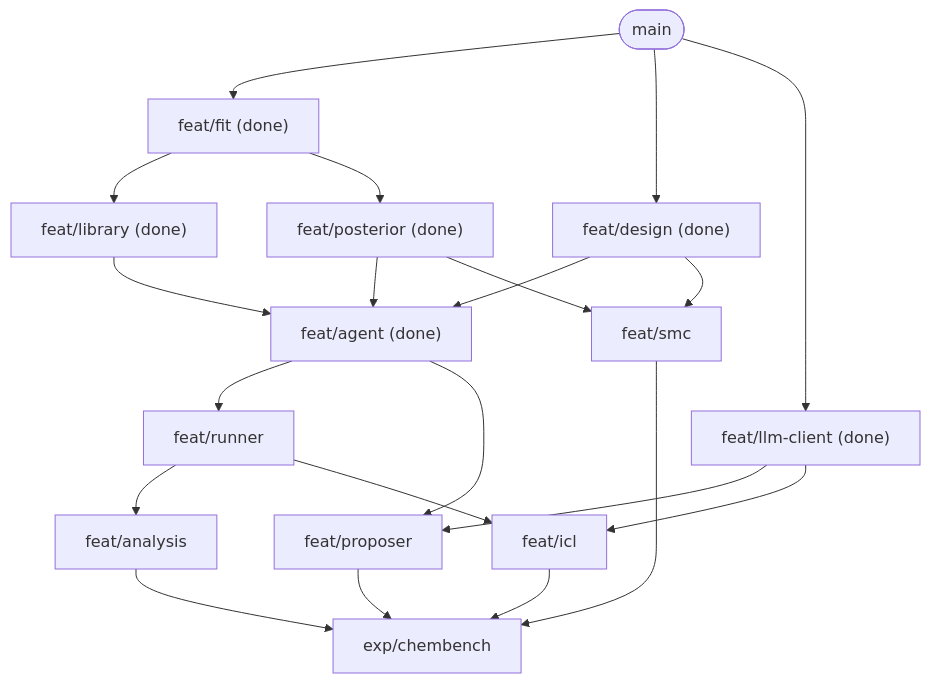
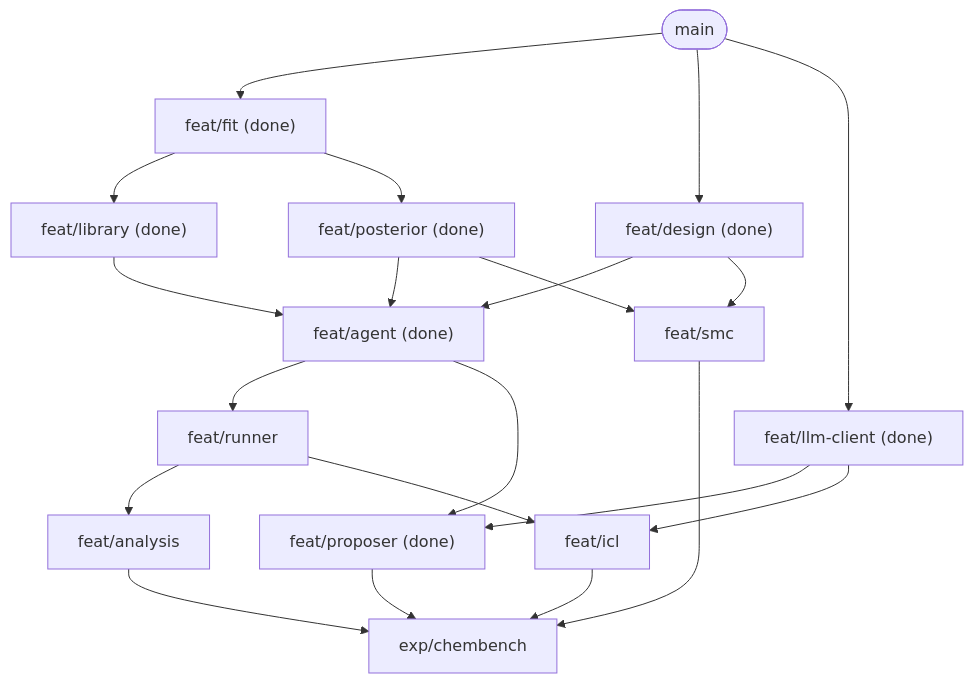
One commit to yuta0no/mda-impl changed the second of 2 diagrams in docs/blueprint.md. Above: the diagram before and after it, drawn with Mermaid. The commit also changed other lines of this file and 6 other files, not shown here.

````diff
--- a/docs/blueprint.md
+++ b/docs/blueprint.md
@@ -78,23 +79,23 @@
 ```mermaid
 flowchart TD
     main(["main"]) --> fit["feat/fit (done)"]
     fit --> library["feat/library (done)"]
     fit --> posterior["feat/posterior (done)"]
     main --> design["feat/design (done)"]
     main --> llmc["feat/llm-client (done)"]
     library --> agent["feat/agent (done)"]
     posterior --> agent
     design --> agent
     agent --> runner["feat/runner"]
-    agent --> proposer["feat/proposer"]
+    agent --> proposer["feat/proposer (done)"]
     llmc --> proposer
     runner --> analysis["feat/analysis"]
     runner --> icl["feat/icl"]
     llmc --> icl
     posterior --> smc["feat/smc"]
     design --> smc
     proposer --> exp["exp/chembench"]
     analysis --> exp
     icl --> exp
     smc --> exp
 ```
````
